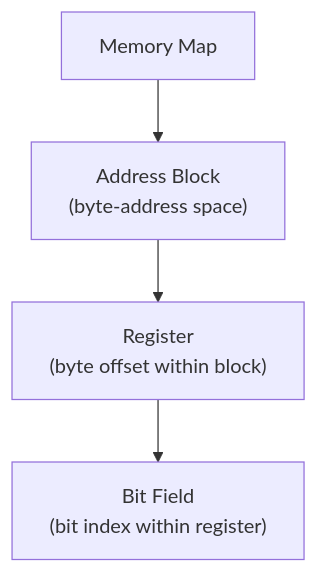
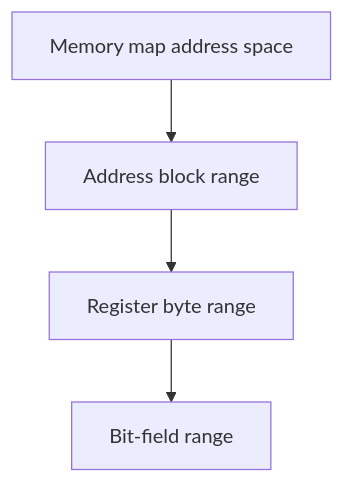
One commit to bleviet/ipcraft-vscode changed the first of 2 diagrams in docs/concepts/spatial-editing.md. Above: the diagram before and after it, drawn with Mermaid. The commit also changed other lines of this file and 51 other files, not shown here.

````diff
--- a/docs/concepts/spatial-editing.md
+++ b/docs/concepts/spatial-editing.md
@@ -31,6 +14,6 @@
 ```mermaid
-graph TD
-    M["Memory Map"] --> B["Address Block<br/>(byte-address space)"]
-    B --> R["Register<br/>(byte offset within block)"]
-    R --> F["Bit Field<br/>(bit index within register)"]
+flowchart TD
+    A[Memory map address space] --> B[Address block range]
+    B --> C[Register byte range]
+    C --> D[Bit-field range]
 ```
````
